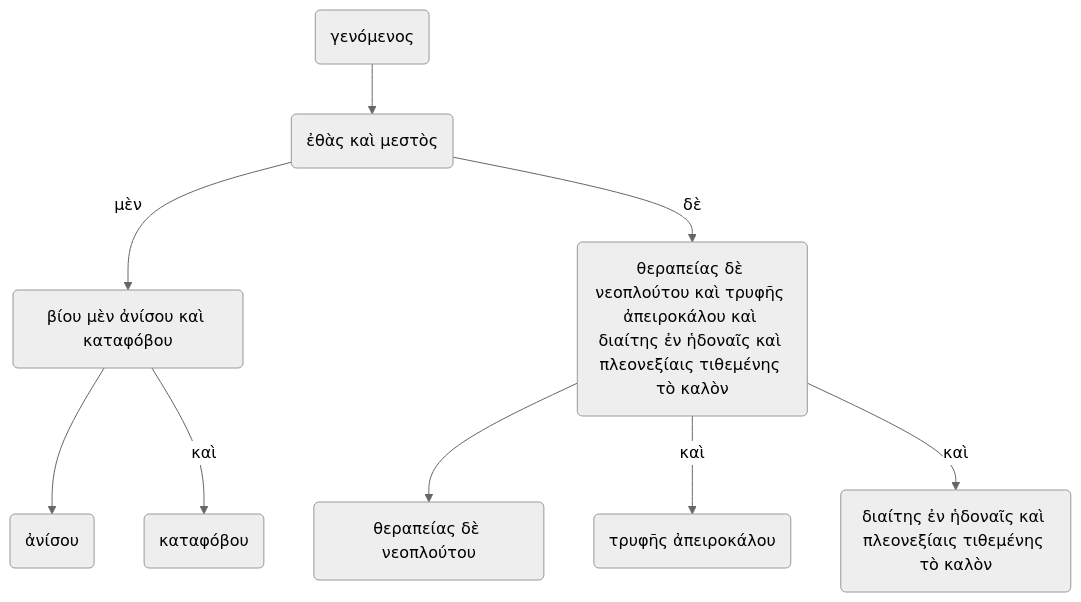
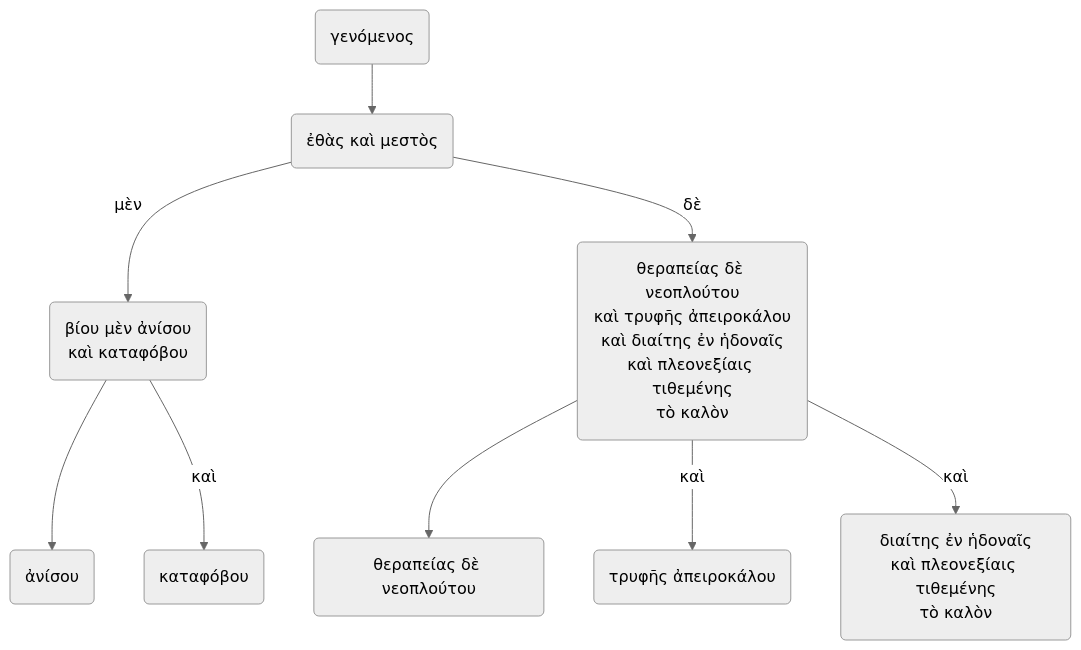
Before and after one commit to pajaro1966/Asignaturas: the diagram in docs/Plutarch_Dion/Dion.md, drawn with Mermaid (neutral theme). The commit also changed other lines of this file and 3 other files, not shown here.

````diff
--- a/docs/Plutarch_Dion/Dion.md
+++ b/docs/Plutarch_Dion/Dion.md
@@ -155,13 +155,13 @@
 ```mermaid
     
-    graph TB
+    flowchart TB
     
     A("γενόμενος") --> B("ἐθὰς καὶ μεστὸς")
-    B-->|"μὲν"|C("βίου μὲν ἀνίσου καὶ καταφόβου")-->C1("ἀνίσου")
+    B-->|"μὲν"|C("βίου μὲν ἀνίσου<br>καὶ καταφόβου")-->C1("ἀνίσου")
     C-->|"καὶ"|C2("καταφόβου")
-    B-->|"δὲ"|D("θεραπείας δὲ νεοπλούτου καὶ τρυφῆς ἀπειροκάλου καὶ διαίτης ἐν ἡδοναῖς καὶ πλεονεξίαις τιθεμένης τὸ καλὸν")
+    B-->|"δὲ"|D("θεραπείας δὲ νεοπλούτου<br>καὶ τρυφῆς ἀπειροκάλου<br>καὶ διαίτης ἐν ἡδοναῖς<br>καὶ πλεονεξίαις τιθεμένης<br>τὸ καλὸν")
     D-->D1("θεραπείας δὲ νεοπλούτου")
     D-->|"καὶ"|D2("τρυφῆς ἀπειροκάλου")
-    D-->|"καὶ"|D3("διαίτης ἐν ἡδοναῖς καὶ πλεονεξίαις τιθεμένης τὸ καλὸν")
+    D-->|"καὶ"|D3("διαίτης ἐν ἡδοναῖς<br>καὶ πλεονεξίαις τιθεμένης<br>τὸ καλὸν")
     
 ```
````
